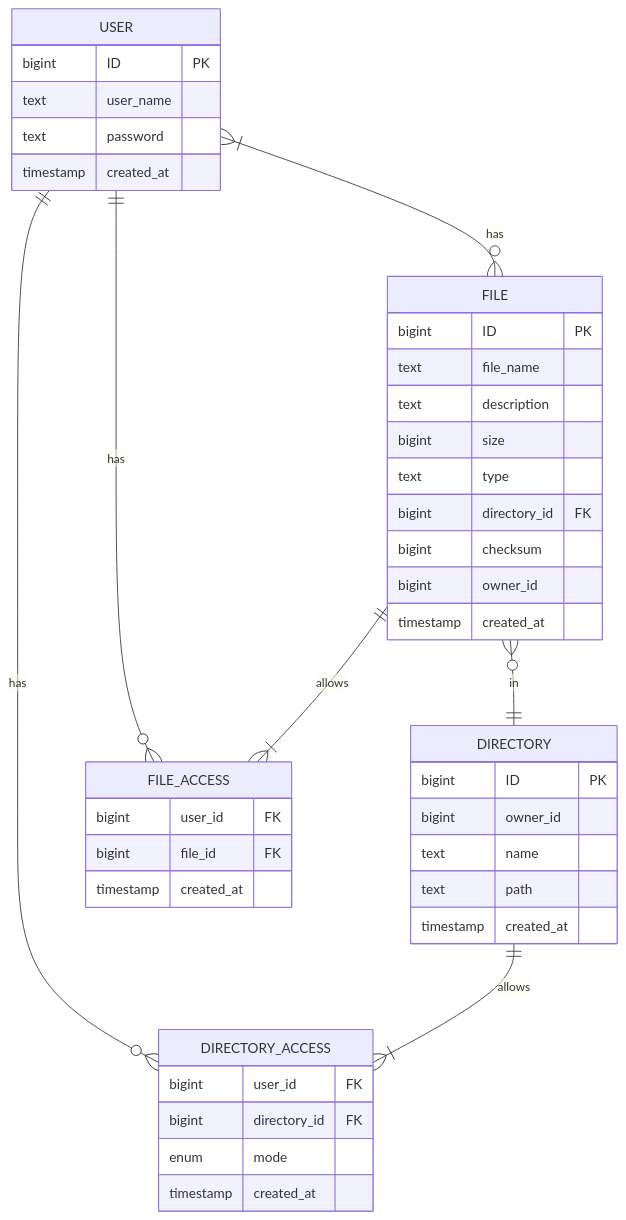
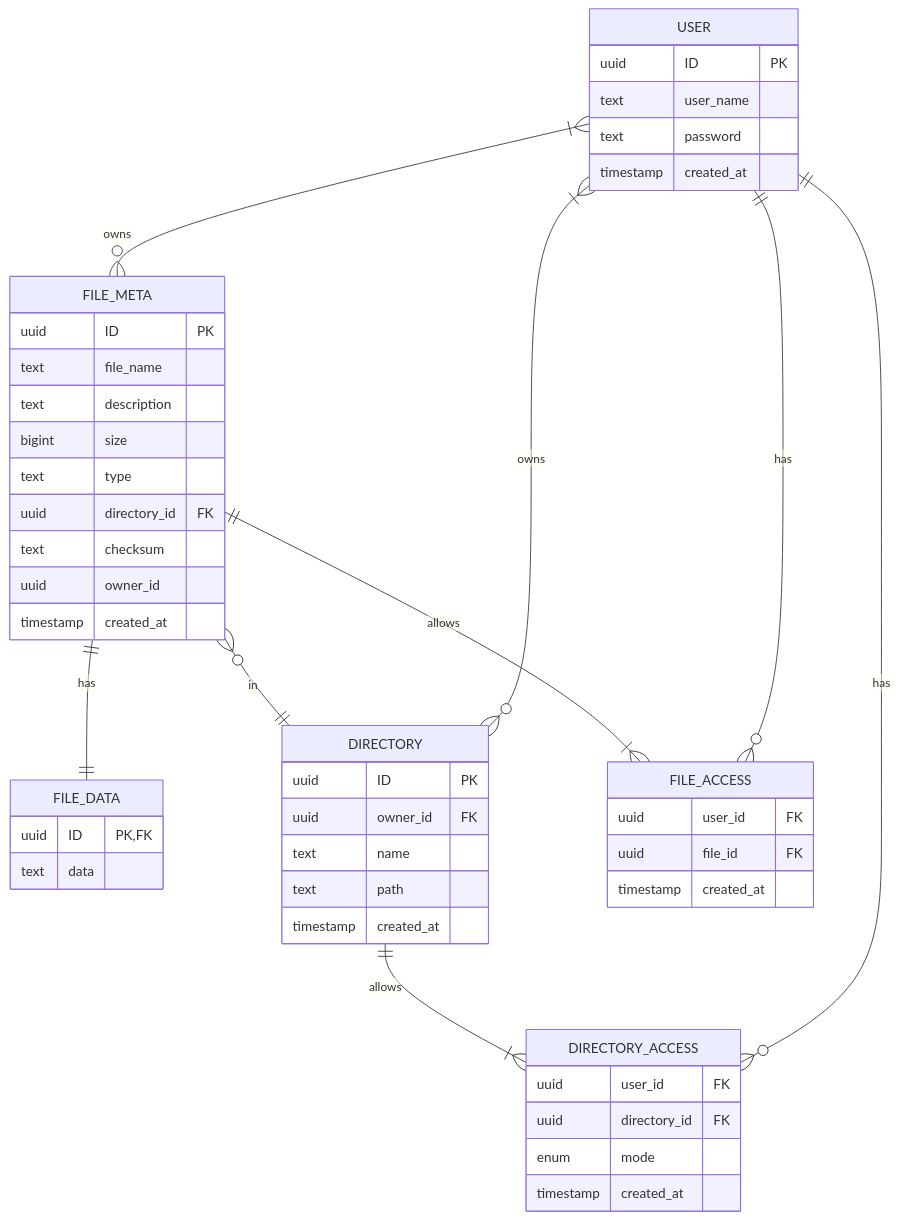
The second of 2 diagrams in README.md (SlashLight/highload-cloud), drawn with Mermaid before and after one commit.

Commit message:
Обновил логическую схему БД

````diff
--- a/README.md
+++ b/README.md
@@ -41,49 +41,57 @@
 ```mermaid
 erDiagram
 USER{
-    bigint ID PK
+    uuid ID PK
     text user_name
     text password
     timestamp created_at 
 }
 
-FILE{
-    bigint ID PK
+FILE_META{
+    uuid ID PK
     text file_name
     text description
     bigint size
     text type
-    bigint directory_id FK
-    bigint checksum
-    bigint owner_id
+    uuid directory_id FK
+    text checksum
+    uuid owner_id
     timestamp created_at  
 }
 
+FILE_DATA{
+    uuid ID PK, FK
+    text data
+}
+
+FILE_META ||--|| FILE_DATA : has
+
 DIRECTORY{
-    bigint ID PK
-    bigint owner_id
+    uuid ID PK
+    uuid owner_id FK
     text name
     text path
     timestamp created_at  
 }
 
 FILE_ACCESS {
-    bigint user_id FK
-    bigint file_id FK
+    uuid user_id FK
+    uuid file_id FK
     timestamp created_at
 }
 
 DIRECTORY_ACCESS {
-    bigint user_id FK
-    bigint directory_id FK
+    uuid user_id FK
+    uuid directory_id FK
     enum mode 
     timestamp created_at
 }
 
-USER }|--o{ FILE : has
+USER }|--o{ FILE_META : owns
+USER }|--o{ DIRECTORY : owns
 USER ||--o{ FILE_ACCESS : has
-FILE ||--|{ FILE_ACCESS : allows
-FILE }o--|| DIRECTORY : in
+FILE_META ||--|{ FILE_ACCESS : allows
+FILE_META }o--|| DIRECTORY : in
 USER ||--o{ DIRECTORY_ACCESS : has
 DIRECTORY ||--|{ DIRECTORY_ACCESS : allows
 ```
````
